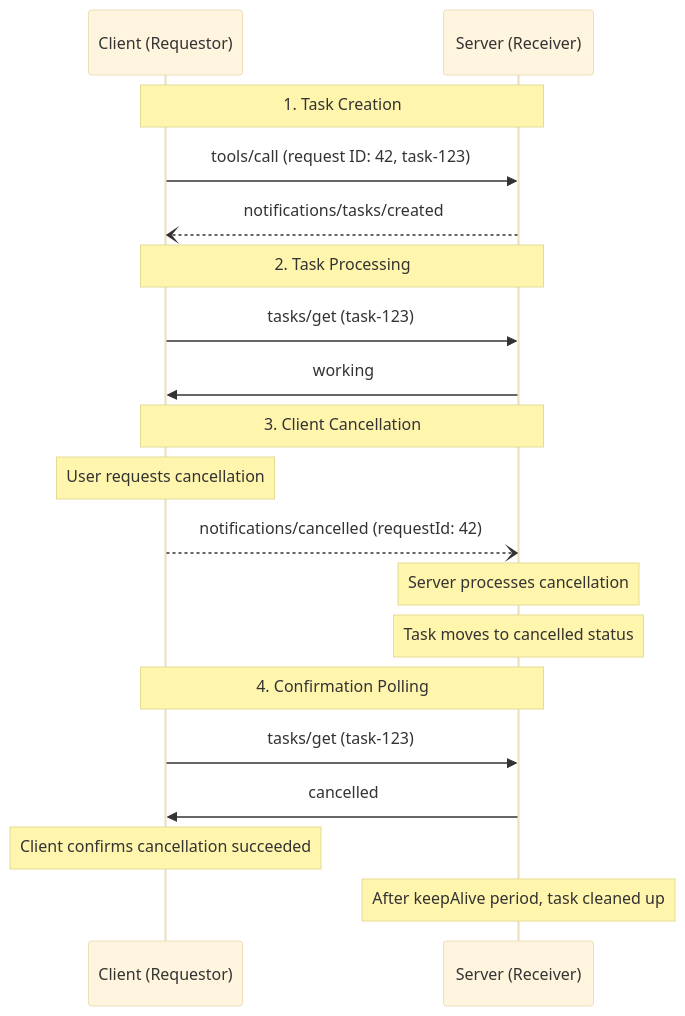
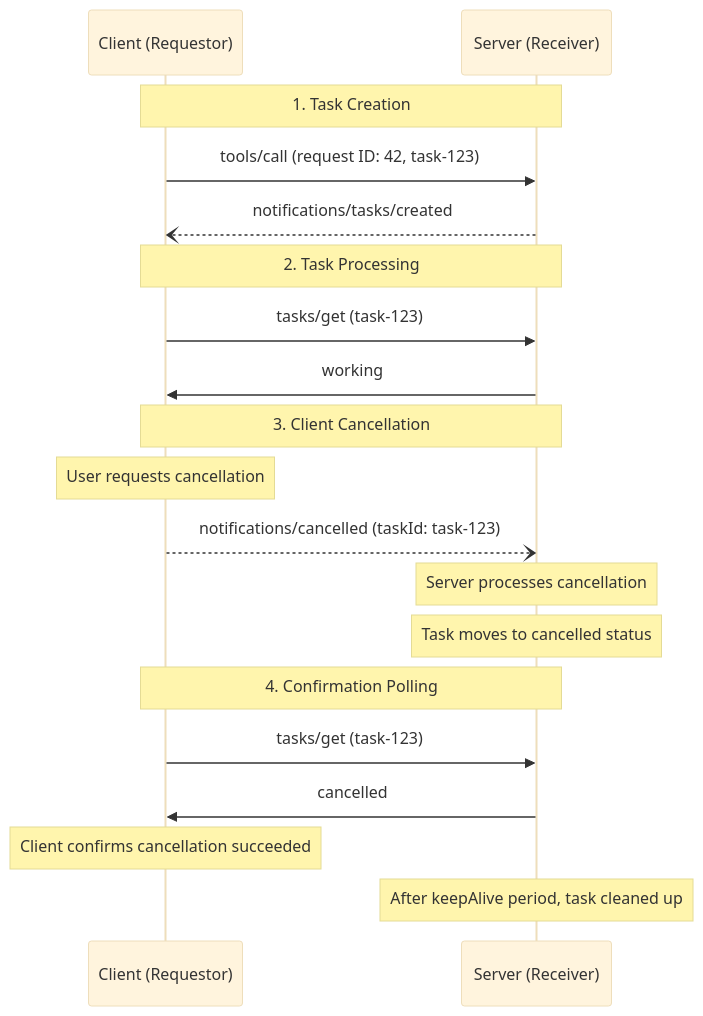
The fifth of 6 diagrams in docs/specification/draft/basic/utilities/tasks.mdx (scottslewis/modelcontextprotocol), drawn with Mermaid (base theme) before and after one commit. The commit also changed other lines of this file and 4 other files, not shown here.

````diff
--- a/docs/specification/draft/basic/utilities/tasks.mdx
+++ b/docs/specification/draft/basic/utilities/tasks.mdx
@@ -578,28 +581,28 @@
 ```mermaid
 sequenceDiagram
     participant C as Client (Requestor)
     participant S as Server (Receiver)
 
     Note over C,S: 1. Task Creation
     C->>S: tools/call (request ID: 42, task-123)
     S--)C: notifications/tasks/created
 
     Note over C,S: 2. Task Processing
     C->>S: tasks/get (task-123)
     S->>C: working
 
     Note over C,S: 3. Client Cancellation
     Note over C: User requests cancellation
-    C--)S: notifications/cancelled (requestId: 42)
+    C--)S: notifications/cancelled (taskId: task-123)
 
     Note over S: Server processes cancellation
     Note over S: Task moves to cancelled status
 
     Note over C,S: 4. Confirmation Polling
     C->>S: tasks/get (task-123)
     S->>C: cancelled
 
     Note over C: Client confirms cancellation succeeded
 
     Note over S: After keepAlive period, task cleaned up
 ```
````
